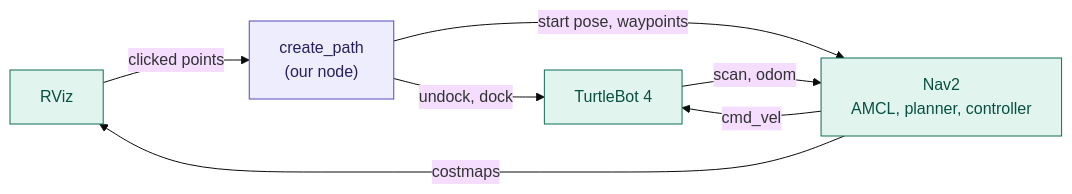
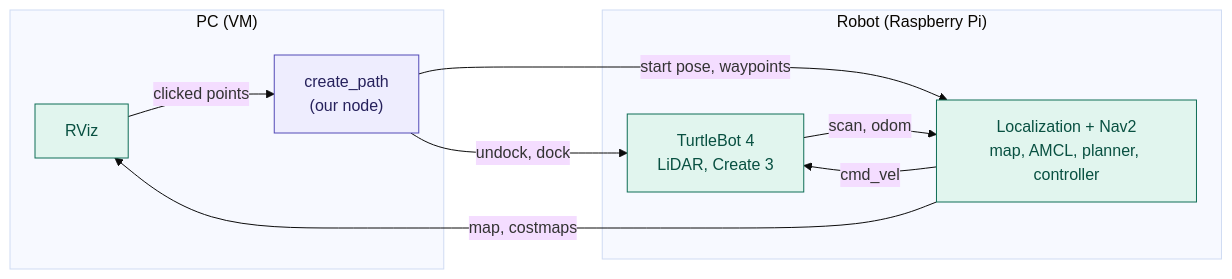
The diagram in robotics_ws/src/day8pkg/README.md (Happy1HappyHappy/Robotics), drawn with Mermaid (base theme) before and after one commit. The commit also changed other lines of this file, not shown here.

First line of the commit message:
Run localization and Nav2 on the robot in day8pkg README

````diff
--- a/robotics_ws/src/day8pkg/README.md
+++ b/robotics_ws/src/day8pkg/README.md
@@ -26,13 +26,21 @@
 ```mermaid
 flowchart LR
-    rviz["RViz"] -->|"clicked points"| app["create_path<br>(our node)"]
-    app -->|"undock, dock"| bot["TurtleBot 4"]
-    app -->|"start pose, waypoints"| nav["Nav2<br>AMCL, planner, controller"]
+    subgraph pc["PC (VM)"]
+        rviz["RViz"]
+        app["create_path<br>(our node)"]
+    end
+    subgraph robot["Robot (Raspberry Pi)"]
+        nav["Localization + Nav2<br>map, AMCL, planner, controller"]
+        bot["TurtleBot 4<br>LiDAR, Create 3"]
+    end
+    rviz -->|"clicked points"| app
+    app -->|"undock, dock"| bot
+    app -->|"start pose, waypoints"| nav
     bot -->|"scan, odom"| nav
     nav -->|cmd_vel| bot
-    nav -->|costmaps| rviz
+    nav -->|"map, costmaps"| rviz
     classDef ours fill:#EEEDFE,stroke:#534AB7,color:#26215C
     classDef given fill:#E1F5EE,stroke:#0F6E56,color:#085041
     class app ours
     class rviz,bot,nav given
 ```
````
